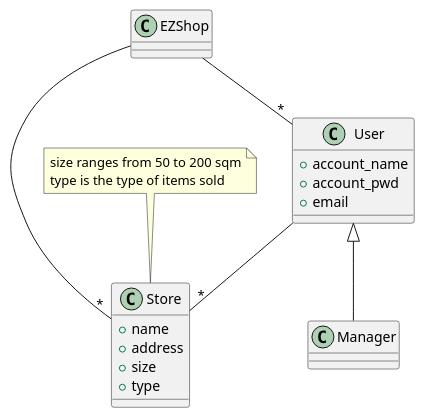
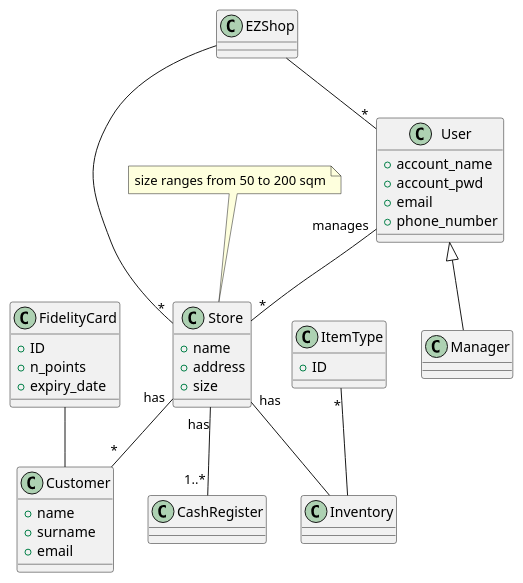
One commit to mspronesti/ezshop changed the second of 2 diagrams in Deliverables/RequirementsDocument.md. Above: the diagram before and after it, drawn with PlantUML.

Commit message:
docs: add other classes in glossary

````diff
--- a/Deliverables/RequirementsDocument.md
+++ b/Deliverables/RequirementsDocument.md
@@ -296,30 +296,61 @@
 ```plantuml
 @startuml
+
+note "size ranges from 50 to 200 sqm" as N1
+N1 -- Store
+
 class EZShop
 
 class User {
   + account_name
   + account_pwd
   + email	
+  + phone_number
 }
-
 
 class Store {
   + name
   + address
   + size
-  + type  
 }
 
-note "size ranges from 50 to 200 sqm\ntype is the type of items sold" as N1
-N1 -- Store
-
+class CashRegister{	
+}
 
 class Manager
 
+class Customer {
+  + name
+  + surname
+  + email
+}
+
+class FidelityCard {
+  + ID
+  + n_points
+  + expiry_date	
+}
+
+class ItemType {
+ + ID
+}
+
+class Inventory {	
+}
+
+
 Manager -up-|> User
-EZShop -- "*" User
-User -- "*" Store
 EZShop -- "*" Store
+User "manages" -- "*" Store
+
+ItemType  "*" --  Inventory
+
+EZShop --"*" User
+
+Store "has" --  "1..*" CashRegister 
+FidelityCard -- Customer
+Store "has" -- "*" Customer
+Store "has"--Inventory 
+
 @enduml
 ```
````
